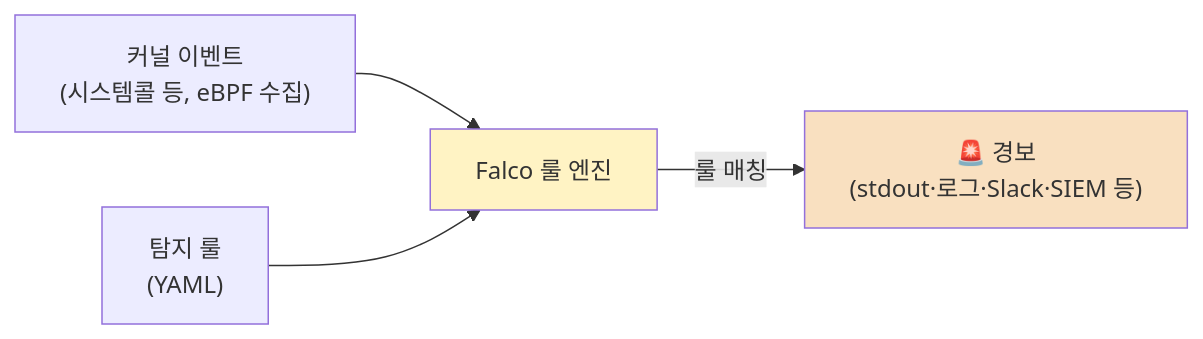
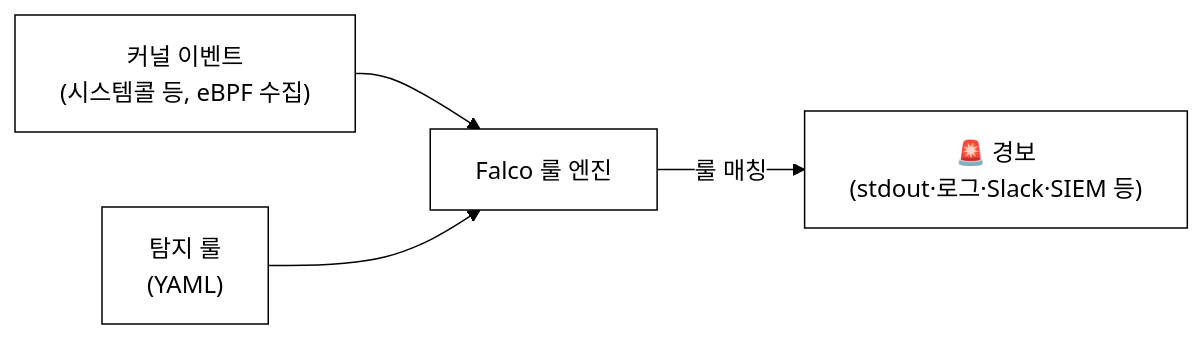
The fifth of 8 diagrams in docs/lecture/13주차_eBPF_보안_LSM_Falco_Tetragon.md (iamywl/ebpf-lab), drawn with Mermaid before and after one commit. The commit also changed other lines of this file and 33 other files, not shown here.

First line of the commit message:
강의자료: 다이어그램 흑백(논문 스타일) 통일 + 실제 실행 스크린샷 삽입

````diff
--- a/docs/lecture/13주차_eBPF_보안_LSM_Falco_Tetragon.md
+++ b/docs/lecture/13주차_eBPF_보안_LSM_Falco_Tetragon.md
@@ -127,8 +131,9 @@
 ```mermaid
+%%{init: {"theme":"base","themeVariables":{"background":"#ffffff","primaryColor":"#ffffff","primaryBorderColor":"#000000","primaryTextColor":"#000000","secondaryColor":"#ffffff","secondaryBorderColor":"#000000","secondaryTextColor":"#000000","tertiaryColor":"#ffffff","tertiaryBorderColor":"#000000","tertiaryTextColor":"#000000","lineColor":"#000000","textColor":"#000000","mainBkg":"#ffffff","secondBkg":"#ffffff","clusterBkg":"#ffffff","clusterBorder":"#000000","edgeLabelBackground":"#ffffff","nodeBorder":"#000000","defaultLinkColor":"#000000","titleColor":"#000000","actorBkg":"#ffffff","actorBorder":"#000000","actorTextColor":"#000000","actorLineColor":"#000000","signalColor":"#000000","signalTextColor":"#000000","labelBoxBkgColor":"#ffffff","labelBoxBorderColor":"#000000","labelTextColor":"#000000","loopTextColor":"#000000","noteBkgColor":"#ffffff","noteBorderColor":"#000000","noteTextColor":"#000000","activationBkgColor":"#ffffff","activationBorderColor":"#000000","sequenceNumberColor":"#000000","cScale0":"#ffffff","cScale1":"#ffffff","cScale2":"#ffffff","cScale3":"#ffffff","cScale4":"#ffffff","cScale5":"#ffffff","cScale6":"#ffffff","cScale7":"#ffffff","cScale8":"#ffffff","cScale9":"#ffffff","cScale10":"#ffffff","cScale11":"#ffffff","cScaleLabel0":"#000000","cScaleLabel1":"#000000","cScaleLabel2":"#000000","cScaleLabel3":"#000000","cScaleLabel4":"#000000","cScaleLabel5":"#000000","cScaleLabel6":"#000000","cScaleLabel7":"#000000","cScaleLabel8":"#000000","cScaleLabel9":"#000000","cScaleLabel10":"#000000","cScaleLabel11":"#000000","pie1":"#ffffff","pie2":"#eeeeee","pie3":"#dddddd","pie4":"#cccccc","fontFamily":"Georgia, serif"}}}%%
 flowchart LR
     K["커널 이벤트\n(시스템콜 등, eBPF 수집)"] --> ENG["Falco 룰 엔진"]
     RULES["탐지 룰\n(YAML)"] --> ENG
     ENG -->|룰 매칭| ALERT["🚨 경보\n(stdout·로그·Slack·SIEM 등)"]
-    style ENG fill:#fff3c4
-    style ALERT fill:#f9e0c0
+    style ENG fill:#ffffff
+    style ALERT fill:#ffffff
 ```
````
